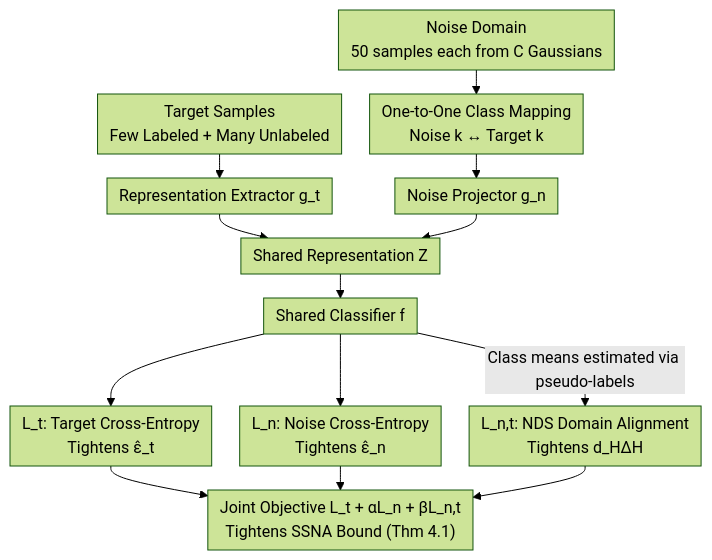
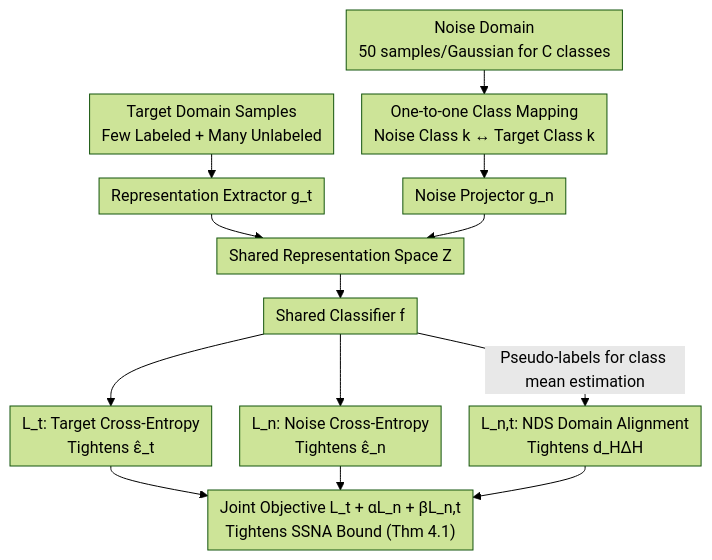
The diagram in docs/ICML2026/learning_theory/semi-supervised_noise_adaptation_transferring_knowledge_from_noise_domain.md (zhaoyang97/Paper-Notes-en), drawn with Mermaid (forest theme) before and after one commit. The commit also changed other lines of this file and 5084 other files, not shown here.

````diff
--- a/docs/ICML2026/learning_theory/semi-supervised_noise_adaptation_transferring_knowledge_from_noise_domain.md
+++ b/docs/ICML2026/learning_theory/semi-supervised_noise_adaptation_transferring_knowledge_from_noise_domain.md
@@ -46,16 +46,16 @@
 ```mermaid
 %%{init: {'flowchart': {'rankSpacing': 24, 'nodeSpacing': 28, 'padding': 6, 'wrappingWidth': 400}}}%%
 flowchart TD
-    T["Target Samples<br/>Few Labeled + Many Unlabeled"] --> GT["Representation Extractor g_t"]
-    N["Noise Domain<br/>50 samples each from C Gaussians"] --> MAP["One-to-One Class Mapping<br/>Noise k ↔ Target k"]
+    T["Target Domain Samples<br/>Few Labeled + Many Unlabeled"] --> GT["Representation Extractor g_t"]
+    N["Noise Domain<br/>50 samples/Gaussian for C classes"] --> MAP["One-to-one Class Mapping<br/>Noise Class k ↔ Target Class k"]
     MAP --> GN["Noise Projector g_n"]
-    GT --> Z["Shared Representation Z"]
+    GT --> Z["Shared Representation Space Z"]
     GN --> Z
     Z --> F["Shared Classifier f"]
     F --> LT["L_t: Target Cross-Entropy<br/>Tightens ε̂_t"]
     F --> LN["L_n: Noise Cross-Entropy<br/>Tightens ε̂_n"]
-    F -->|Class means estimated via pseudo-labels| LNT["L_n,t: NDS Domain Alignment<br/>Tightens d_HΔH"]
+    F -->|Pseudo-labels for class mean estimation| LNT["L_n,t: NDS Domain Alignment<br/>Tightens d_HΔH"]
     LT --> OBJ["Joint Objective L_t + αL_n + βL_n,t<br/>Tightens SSNA Bound (Thm 4.1)"]
     LN --> OBJ
     LNT --> OBJ
 ```
````
